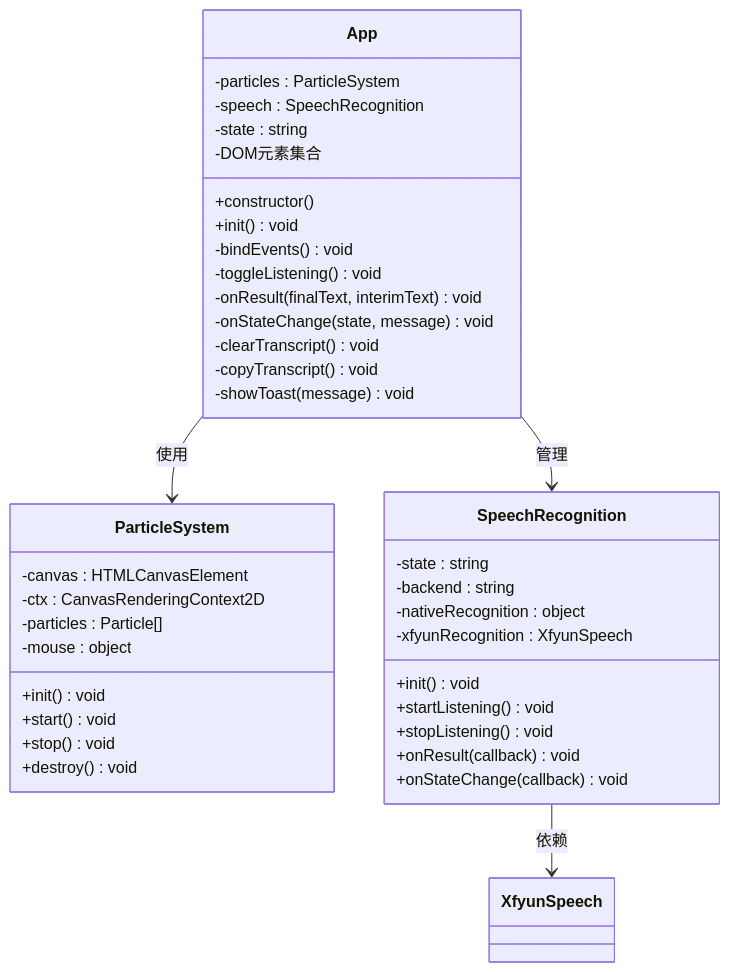
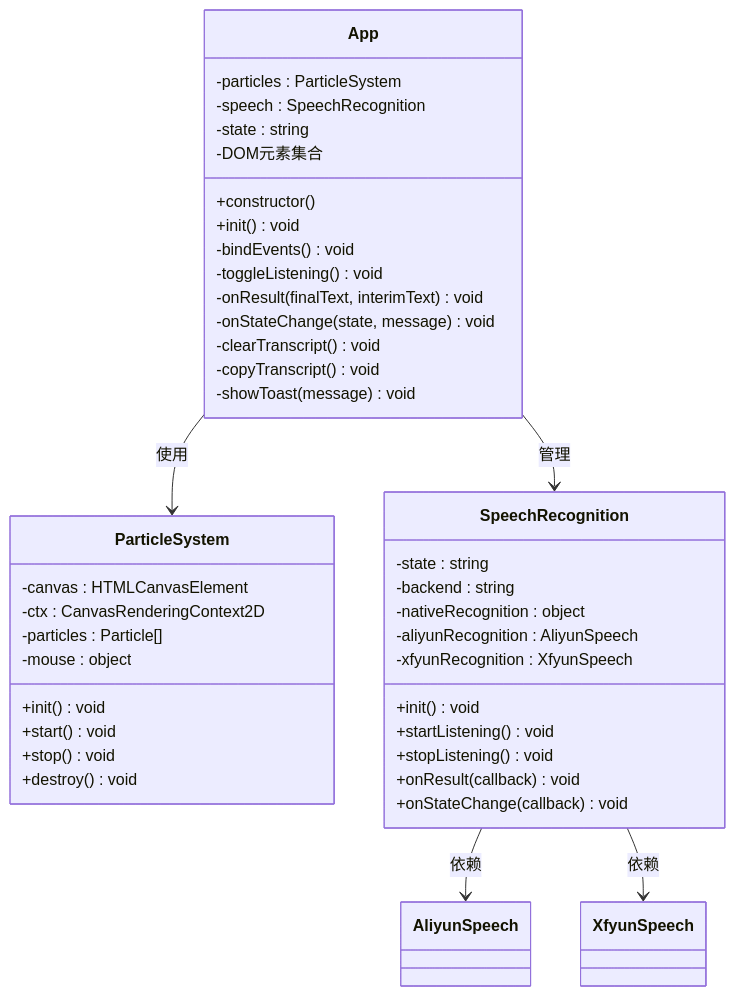
Before and after one commit to db300/MySpeechRecognition: the fifth of 15 diagrams in .qoder/repowiki/zh/content/核心架构设计/核心架构设计.md, drawn with Mermaid. The commit also changed other lines of this file and 26 other files, not shown here.

````diff
--- a/.qoder/repowiki/zh/content/核心架构设计/核心架构设计.md
+++ b/.qoder/repowiki/zh/content/核心架构设计/核心架构设计.md
@@ -183,42 +218,44 @@
 ```mermaid
 classDiagram
 class App {
 -particles : ParticleSystem
 -speech : SpeechRecognition
 -state : string
 -DOM元素集合
 +constructor()
 +init() void
 -bindEvents() void
 -toggleListening() void
 -onResult(finalText, interimText) void
 -onStateChange(state, message) void
 -clearTranscript() void
 -copyTranscript() void
 -showToast(message) void
 }
 class ParticleSystem {
 -canvas : HTMLCanvasElement
 -ctx : CanvasRenderingContext2D
 -particles : Particle[]
 -mouse : object
 +init() void
 +start() void
 +stop() void
 +destroy() void
 }
 class SpeechRecognition {
 -state : string
 -backend : string
 -nativeRecognition : object
+-aliyunRecognition : AliyunSpeech
 -xfyunRecognition : XfyunSpeech
 +init() void
 +startListening() void
 +stopListening() void
 +onResult(callback) void
 +onStateChange(callback) void
 }
 App --> ParticleSystem : 使用
 App --> SpeechRecognition : 管理
+SpeechRecognition --> AliyunSpeech : 依赖
 SpeechRecognition --> XfyunSpeech : 依赖
 ```
````
